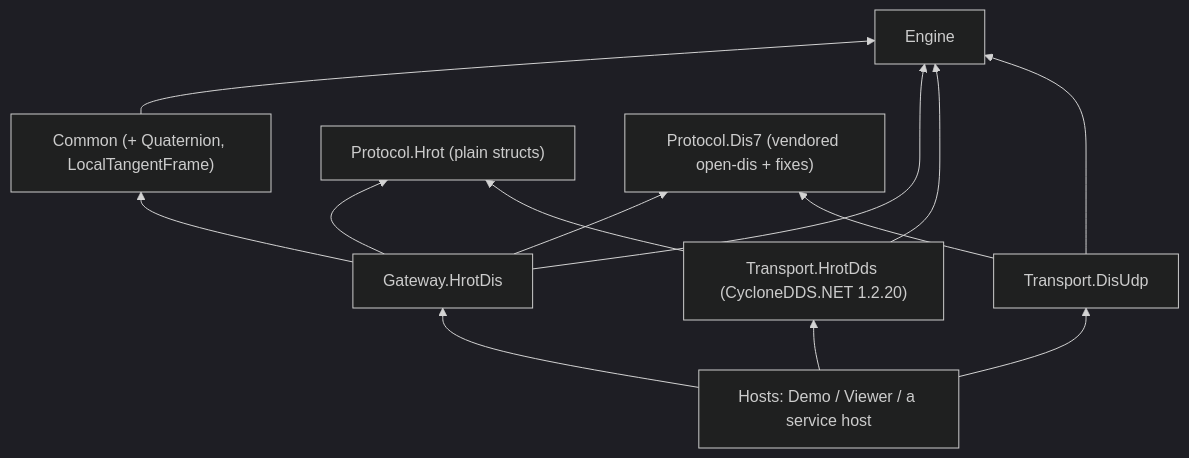
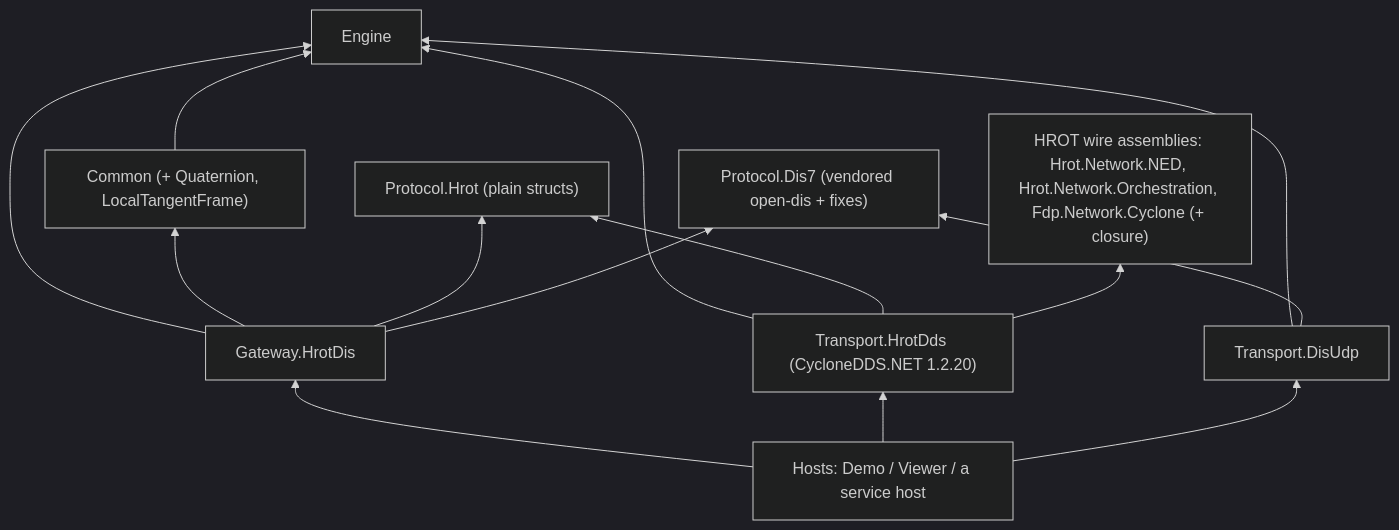
The eighth of 8 diagrams in docs/design/DD-006-Gateway-Hrot-Dis.md (pjanec/SimNetGateway), drawn with Mermaid (dark theme) before and after one commit. The commit also changed other lines of this file and 2 other files, not shown here.

First line of the commit message:
T-018: DD-006 approved - R-079 .. R-090; P-59 changed to reference HROT's wire assemblies, P-68 (HROT in the build) proposed; T-019 opened

````diff
--- a/docs/design/DD-006-Gateway-Hrot-Dis.md
+++ b/docs/design/DD-006-Gateway-Hrot-Dis.md
@@ -443,23 +443,25 @@
 ```mermaid
 flowchart BT
     Engine["Engine"]
     Common["Common (+ Quaternion, LocalTangentFrame)"]
     PH["Protocol.Hrot (plain structs)"]
     PD["Protocol.Dis7 (vendored open-dis + fixes)"]
     GW["Gateway.HrotDis"]
     TH["Transport.HrotDds (CycloneDDS.NET 1.2.20)"]
     TD["Transport.DisUdp"]
+    HW["HROT wire assemblies: Hrot.Network.NED, Hrot.Network.Orchestration, Fdp.Network.Cyclone (+ closure)"]
     Host["Hosts: Demo / Viewer / a service host"]
     Common --> Engine
     GW --> Engine
     GW --> Common
     GW --> PH
     GW --> PD
     TH --> Engine
     TH --> PH
+    TH --> HW
     TD --> Engine
     TD --> PD
     Host --> GW
     Host --> TH
     Host --> TD
 ```
````
